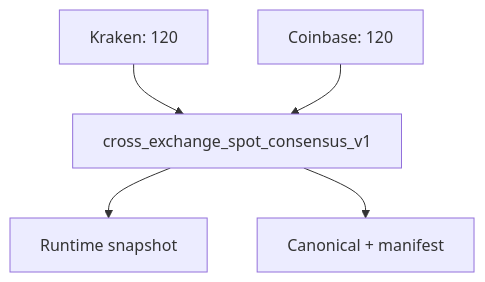
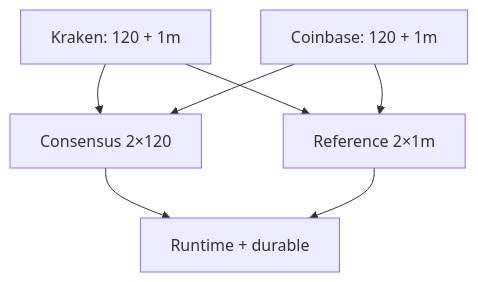
One commit to PawelZhenchak/Agent_Crypto- changed the third of 3 diagrams in docs/ARCHITECTURE.md. Above: the diagram before and after it, drawn with Mermaid. The commit also changed other lines of this file and 38 other files, not shown here.

````diff
--- a/docs/ARCHITECTURE.md
+++ b/docs/ARCHITECTURE.md
@@ -284,7 +303,9 @@
 ```mermaid
 flowchart TD
-    K["Kraken: 120"] --> A["cross_exchange_spot_consensus_v1"]
-    C["Coinbase: 120"] --> A
-    A --> R["Runtime snapshot"]
-    A --> M["Canonical + manifest"]
+    K["Kraken: 120 + 1m"] --> A["Consensus 2×120"]
+    C["Coinbase: 120 + 1m"] --> A
+    K --> P["Reference 2×1m"]
+    C --> P
+    A --> R["Runtime + durable"]
+    P --> R
 ```
````
